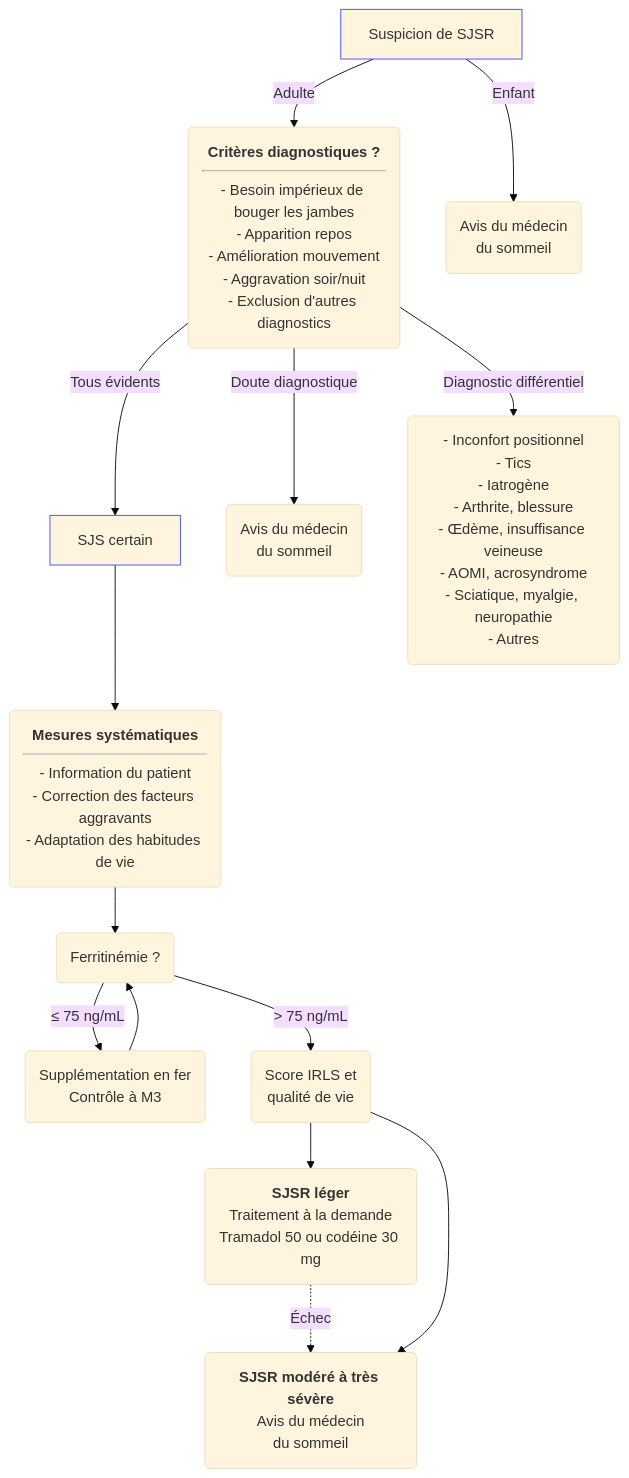
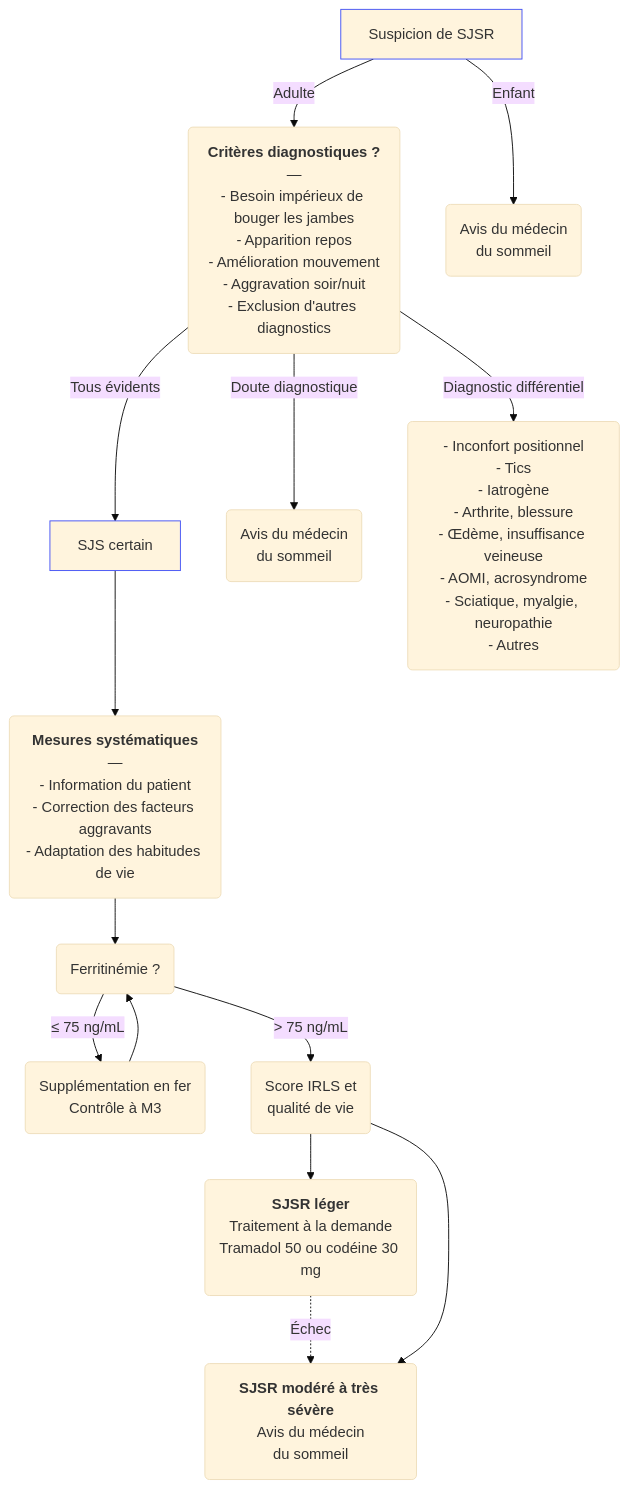
Before and after one commit to djibe/recommandations-medicales: the diagram in content/recommandations/syndrome-jambes-sans-repos.md, drawn with Mermaid (base theme). The commit also changed 51 other files, not shown here.

```diff
--- a/content/recommandations/syndrome-jambes-sans-repos.md
+++ b/content/recommandations/syndrome-jambes-sans-repos.md
@@ -452,20 +452,19 @@
 {{< mermaid title="Prise en charge d'une suspicion de syndrome des jambes sans repos et traitement médicamenteux. Dr JB Fron d'après SFRMS 2019" >}}
 graph TB
   suspSJSR[Suspicion de SJSR]
   style suspSJSR stroke:#4150f5, stroke-width:1px
-    suspSJSR -- Adulte --> criteres("<b>Critères diagnostiques ?</b><hr>- Besoin impérieux de bouger les jambes<br>- Apparition repos<br>- Amélioration mouvement<br>- Aggravation soir/nuit<br>- Exclusion d'autres diagnostics")
+    suspSJSR -- Adulte --> criteres("<b>Critères diagnostiques ?</b><br>—<br>- Besoin impérieux de bouger les jambes<br>- Apparition repos<br>- Amélioration mouvement<br>- Aggravation soir/nuit<br>- Exclusion d'autres diagnostics")
       criteres -- Tous évidents --> SJSR[SJS certain]
       criteres -- Doute diagnostique --> avis3(Avis du médecin<br>du sommeil)
       style SJSR stroke:#4150f5, stroke-width:1px
-        SJSR --> RHD("<b>Mesures systématiques</b><hr>- Information du patient<br>- Correction des facteurs aggravants<br>- Adaptation des habitudes de vie")
+        SJSR --> RHD("<b>Mesures systématiques</b><br>—<br>- Information du patient<br>- Correction des facteurs aggravants<br>- Adaptation des habitudes de vie")
           RHD --> ferritine(Ferritinémie ?)
             ferritine -- "≤ 75 ng/mL" --> correction(Supplémentation en fer<br>Contrôle à M3)
               correction --> ferritine
             ferritine -- "&gt; 75 ng/mL" --> IRLS(Score IRLS et<br>qualité de vie)
               IRLS --> leger(<b>SJSR léger</b><br>Traitement à la demande<br>Tramadol 50 ou codéine 30 mg)
                 leger -. Échec .-> avis2
               IRLS --> avis2(<b>SJSR modéré à très sévère</b><br>Avis du médecin<br>du sommeil)
       criteres -- Diagnostic différentiel --> differentiel("- Inconfort positionnel<br>- Tics<br>- Iatrogène<br>- Arthrite, blessure<br>- Œdème, insuffisance veineuse<br>- AOMI, acrosyndrome<br>- Sciatique, myalgie, neuropathie<br>- Autres")
     suspSJSR -- Enfant --> avis1(Avis du médecin<br>du sommeil)
-
 {{< /mermaid >}}
```
